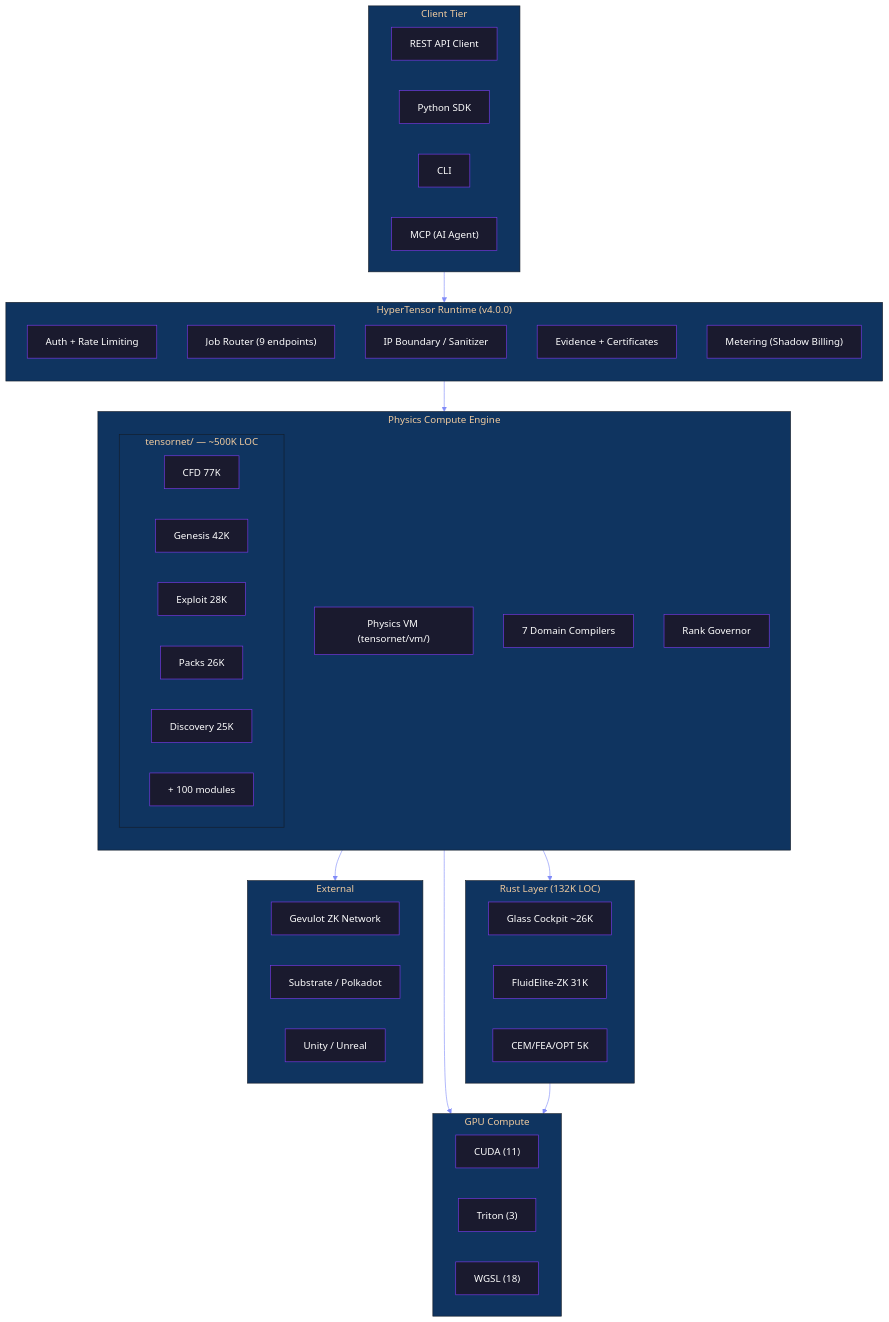
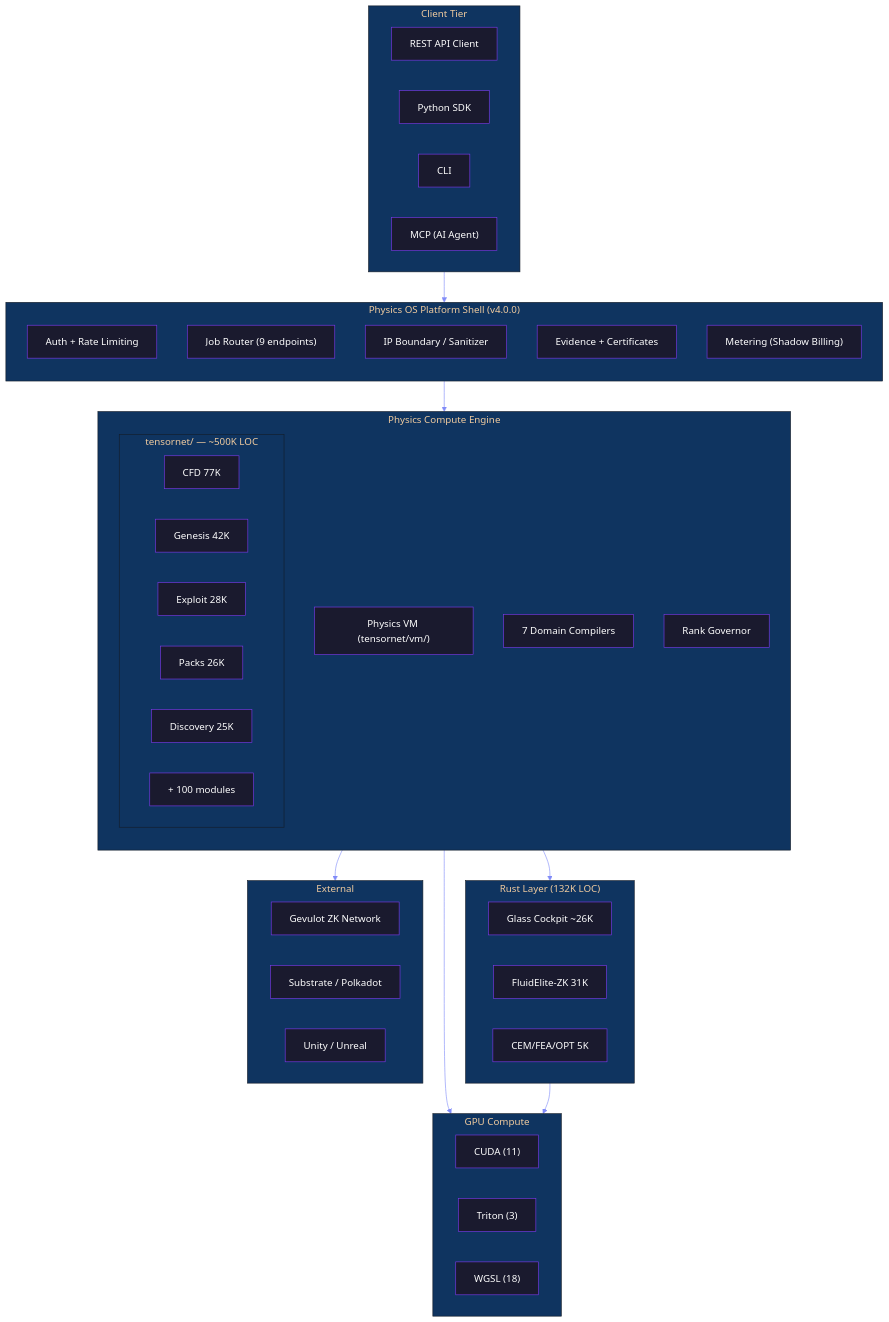
Before and after one commit to tigantic/physics-os: the diagram in PLATFORM_SPECIFICATION.md, drawn with Mermaid. The commit also changed other lines of this file and 283 other files, not shown here.

````diff
--- a/PLATFORM_SPECIFICATION.md
+++ b/PLATFORM_SPECIFICATION.md
@@ -916,63 +916,63 @@
 ```mermaid
 %%{init: {'theme': 'base', 'themeVariables': { 'primaryColor': '#1a1a2e', 'primaryTextColor': '#fff', 'primaryBorderColor': '#7c3aed', 'lineColor': '#818cf8', 'secondaryColor': '#16213e', 'tertiaryColor': '#0f3460'}}}%%
 flowchart TB
     subgraph clients["Client Tier"]
         direction LR
         api_client["REST API Client"]
         sdk_client["Python SDK"]
         cli_client["CLI"]
         mcp_client["MCP (AI Agent)"]
     end
 
-    subgraph product["HyperTensor Runtime (v4.0.0)"]
+    subgraph product["Physics OS Platform Shell (v4.0.0)"]
         direction TB
         auth["Auth + Rate Limiting"]
         router["Job Router (9 endpoints)"]
         sanitizer["IP Boundary / Sanitizer"]
         evidence["Evidence + Certificates"]
         metering["Metering (Shadow Billing)"]
     end
 
     subgraph engine["Physics Compute Engine"]
         direction TB
         vm["Physics VM (tensornet/vm/)"]
         compilers["7 Domain Compilers"]
         rank_gov["Rank Governor"]
         subgraph physics["tensornet/ — ~500K LOC"]
             direction LR
             cfd["CFD 77K"]
             genesis["Genesis 42K"]
             exploit["Exploit 28K"]
             packs_mod["Packs 26K"]
             discover["Discovery 25K"]
             more_mods["+ 100 modules"]
         end
     end
 
     subgraph rust["Rust Layer (132K LOC)"]
         direction LR
         gc["Glass Cockpit ~26K"]
         fez["FluidElite-ZK 31K"]
         cem_fea["CEM/FEA/OPT 5K"]
     end
 
     subgraph gpu["GPU Compute"]
         cuda["CUDA (11)"]
         triton["Triton (3)"]
         wgsl["WGSL (18)"]
     end
 
     subgraph external["External"]
         direction LR
         gevulot["Gevulot ZK Network"]
         blockchain["Substrate / Polkadot"]
         game_eng["Unity / Unreal"]
     end
 
     clients --> product
     product --> engine
     engine --> rust
     engine --> gpu
     rust --> gpu
     engine --> external
 ```
````
